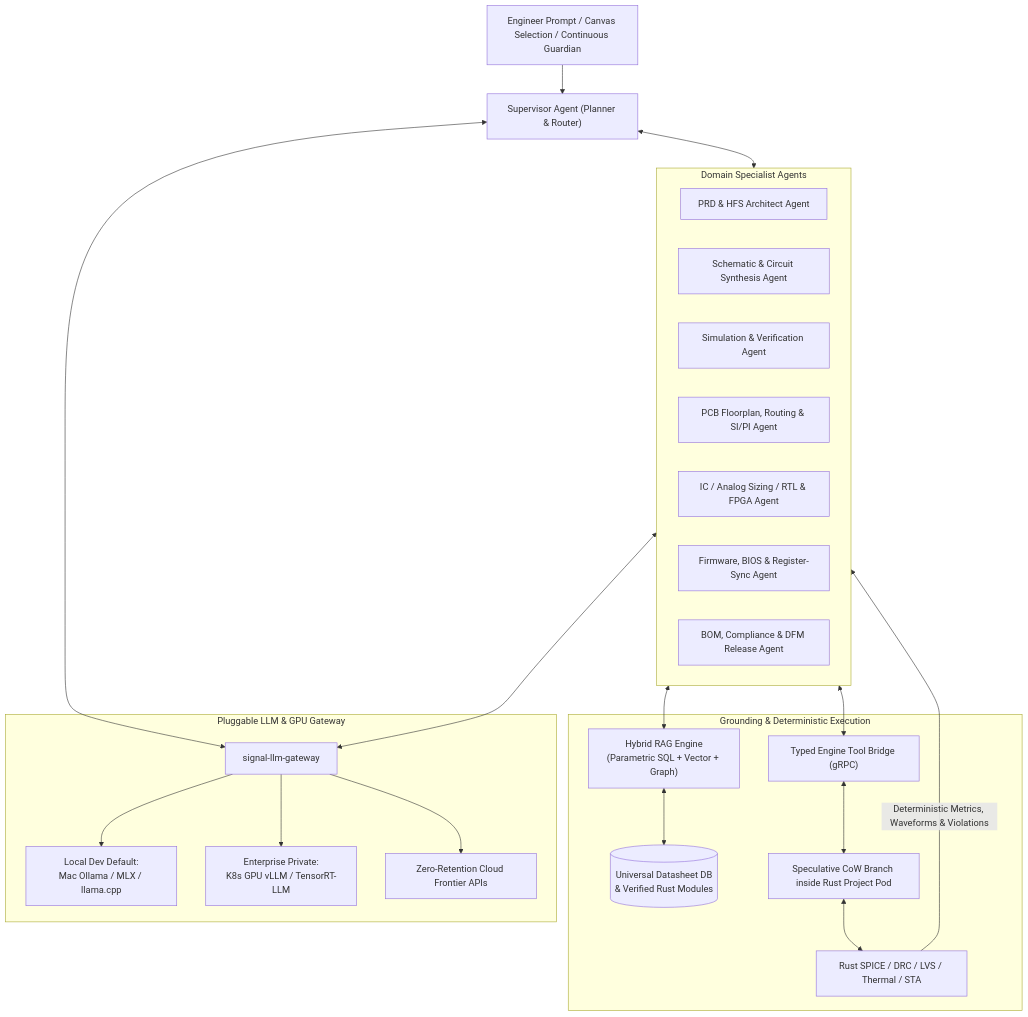
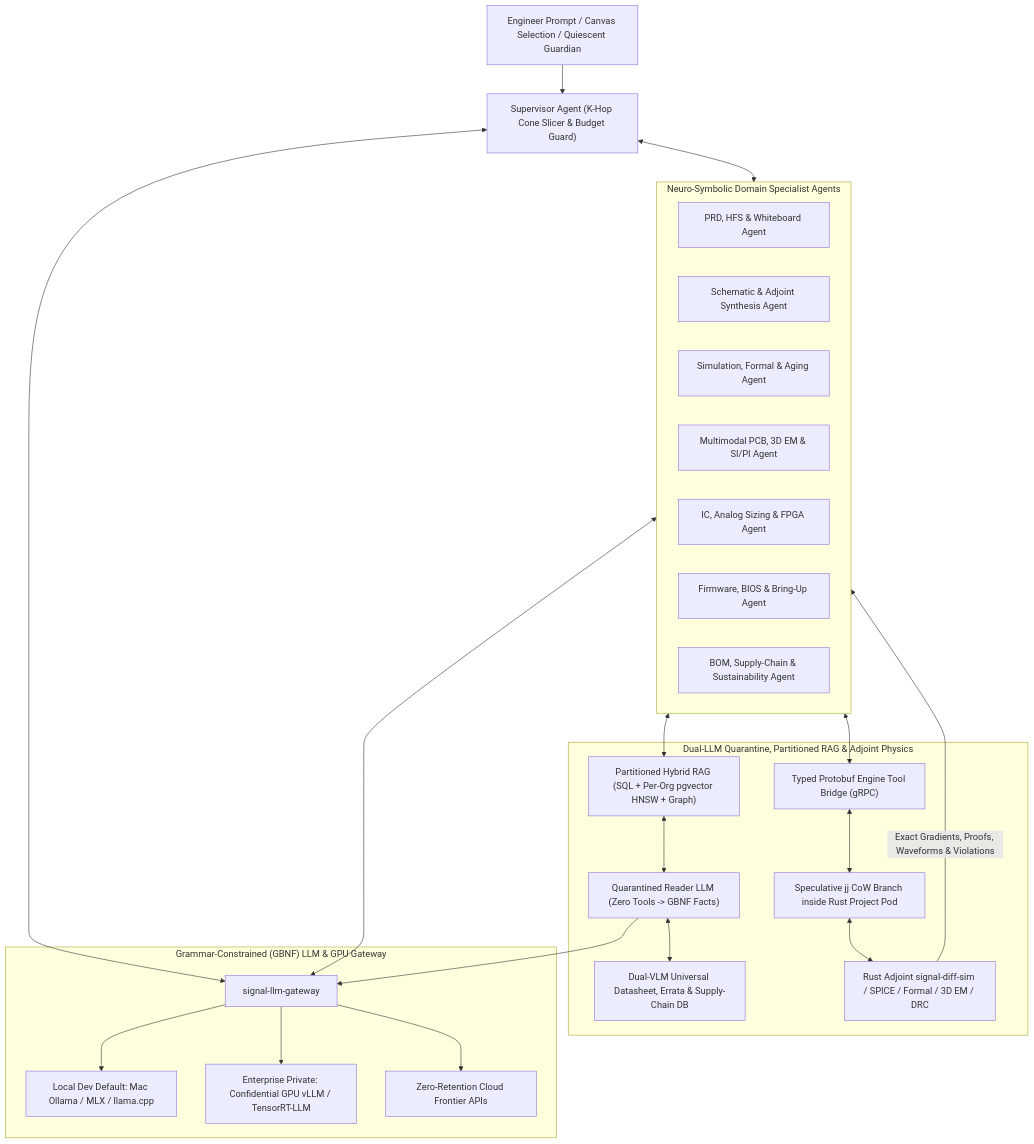
Before and after one commit to the-code-master/signal: the first of 2 diagrams in architecture/05-ai-agent-and-datasheet-rag.md, drawn with Mermaid. The commit also changed other lines of this file and 22 other files, not shown here.

Commit message:
docs: resolve 112 architectural flaws, add 12 futuristic AI-EDA innovations, and complete 2-pass scrub

````diff
--- a/architecture/05-ai-agent-and-datasheet-rag.md
+++ b/architecture/05-ai-agent-and-datasheet-rag.md
@@ -16,43 +16,46 @@
 ```mermaid
 flowchart TB
-    User["Engineer Prompt / Canvas Selection / Continuous Guardian"] --> Sup["Supervisor Agent (Planner & Router)"]
+    User["Engineer Prompt / Canvas Selection / Quiescent Guardian"] --> Sup["Supervisor Agent (K-Hop Cone Slicer & Budget Guard)"]
 
-    subgraph Specialists["Domain Specialist Agents"]
-        A1["PRD & HFS Architect Agent"]
-        A2["Schematic & Circuit Synthesis Agent"]
-        A3["Simulation & Verification Agent"]
-        A4["PCB Floorplan, Routing & SI/PI Agent"]
-        A5["IC / Analog Sizing / RTL & FPGA Agent"]
-        A6["Firmware, BIOS & Register-Sync Agent"]
-        A7["BOM, Compliance & DFM Release Agent"]
+    subgraph Specialists["Neuro-Symbolic Domain Specialist Agents"]
+        A1["PRD, HFS & Whiteboard Agent"]
+        A2["Schematic & Adjoint Synthesis Agent"]
+        A3["Simulation, Formal & Aging Agent"]
+        A4["Multimodal PCB, 3D EM & SI/PI Agent"]
+        A5["IC, Analog Sizing & FPGA Agent"]
+        A6["Firmware, BIOS & Bring-Up Agent"]
+        A7["BOM, Supply-Chain & Sustainability Agent"]
     end
 
     Sup <--> Specialists
 
-    subgraph Grounding["Grounding & Deterministic Execution"]
-        RAG["Hybrid RAG Engine\n(Parametric SQL + Vector + Graph)"]
-        DSDB[("Universal Datasheet DB\n& Verified Rust Modules")]
-        Tools["Typed Engine Tool Bridge (gRPC)"]
-        Branch["Speculative CoW Branch inside Rust Project Pod"]
-        Sim["Rust SPICE / DRC / LVS / Thermal / STA"]
+    subgraph Grounding["Dual-LLM Quarantine, Partitioned RAG & Adjoint Physics"]
+        Quar["Quarantined Reader LLM (Zero Tools -> GBNF Facts)"]
+        RAG["Partitioned Hybrid RAG (SQL + Per-Org pgvector HNSW + Graph)"]
+        DSDB["Dual-VLM Universal Datasheet, Errata & Supply-Chain DB"]
+        Tools["Typed Protobuf Engine Tool Bridge (gRPC)"]
+        Branch["Speculative jj CoW Branch inside Rust Project Pod"]
+        Sim["Rust Adjoint signal-diff-sim / SPICE / Formal / 3D EM / DRC"]
     end
 
-    subgraph Inference["Pluggable LLM & GPU Gateway"]
+    subgraph Inference["Grammar-Constrained (GBNF) LLM & GPU Gateway"]
         Router["signal-llm-gateway"]
-        Local["Local Dev Default:\nMac Ollama / MLX / llama.cpp"]
-        VPC["Enterprise Private:\nK8s GPU vLLM / TensorRT-LLM"]
+        Local["Local Dev Default: Mac Ollama / MLX / llama.cpp"]
+        VPC["Enterprise Private: Confidential GPU vLLM / TensorRT-LLM"]
         Cloud["Zero-Retention Cloud Frontier APIs"]
     end
 
     Specialists <--> RAG
-    RAG <--> DSDB
+    RAG <--> Quar
+    Quar <--> DSDB
     Specialists <--> Tools
     Tools <--> Branch
     Branch <--> Sim
-    Sim -->|"Deterministic Metrics, Waveforms & Violations"| Specialists
+    Sim -->|"Exact Gradients, Proofs, Waveforms & Violations"| Specialists
     Sup <--> Router
     Specialists <--> Router
+    Quar --> Router
     Router --> Local
     Router --> VPC
     Router --> Cloud
 ```
````
